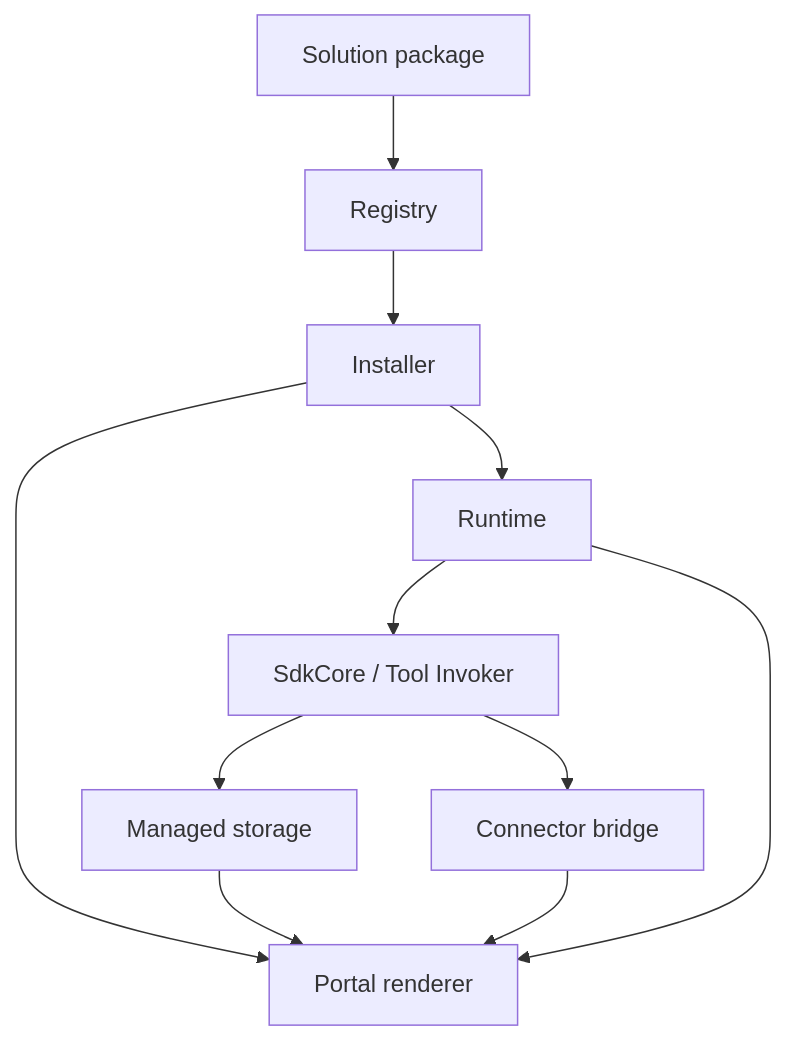
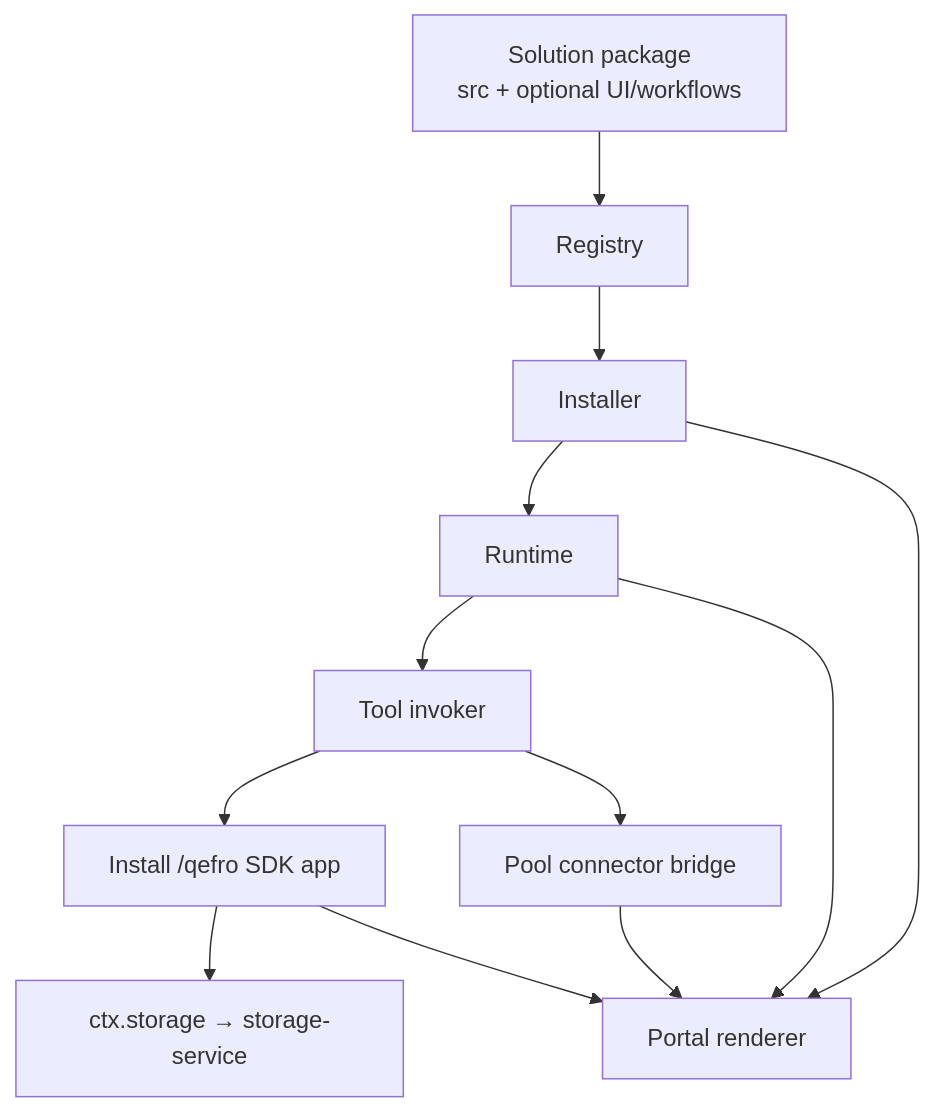
Before and after one commit to qefro-ai/qefro-documentation: the diagram in docs/solutions/overview.md, drawn with Mermaid. The commit also changed other lines of this file and 11 other files, not shown here.

First line of the commit message:
docs(solutions): align managed apps with ADR-003 SDK-first model

````diff
--- a/docs/solutions/overview.md
+++ b/docs/solutions/overview.md
@@ -75,13 +81,14 @@
 ```mermaid
 flowchart TB
-    A[Solution package] --> B[Registry]
+    A[Solution package<br/>src + optional UI/workflows] --> B[Registry]
     B --> C[Installer]
     C --> D[Runtime]
-    D --> E[SdkCore / Tool Invoker]
-    E --> S[Managed storage]
-    E --> F[Connector bridge]
+    D --> E[Tool invoker]
+    E --> APP[Install /qefro SDK app]
+    APP --> S[ctx.storage → storage-service]
+    E --> F[Pool connector bridge]
     C --> G[Portal renderer]
-    S --> G
+    APP --> G
     F --> G
     D --> G
 ```
````
